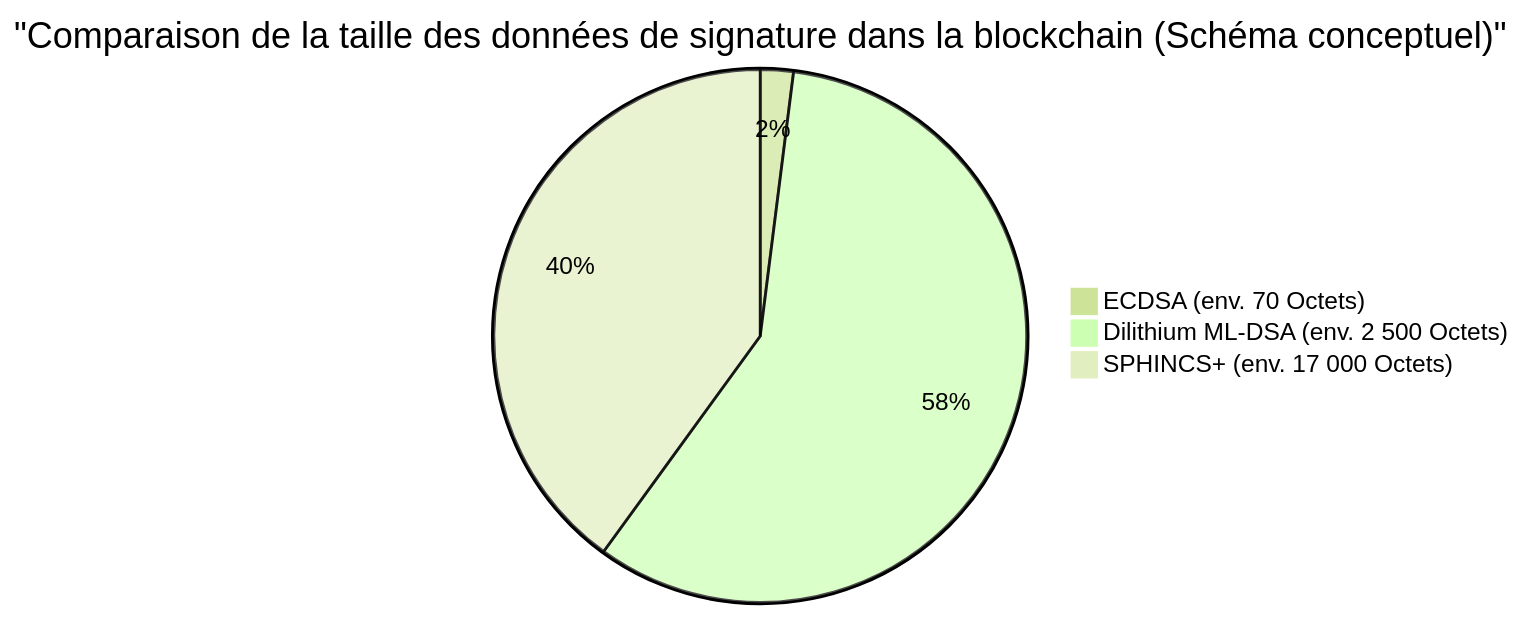
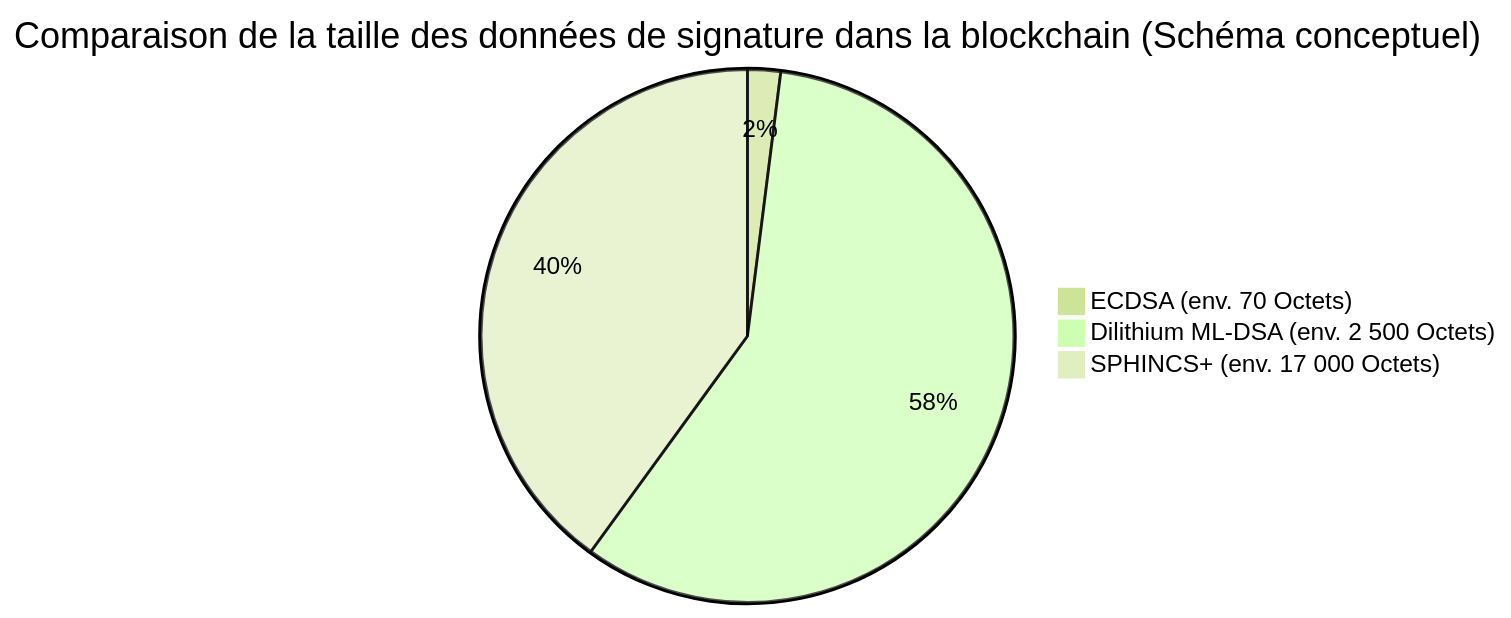
The third of 3 diagrams in content/post/ポスト量子時代のブロックチェーン/index.fr.md (kenjinote/blog), drawn with Mermaid (forest theme) before and after one commit. The commit also changed other lines of this file and 703 other files, not shown here.

Commit message:
Fix: Remove quotes from Mermaid link texts and timeline definitions to support Mermaid 11.4.1

````diff
--- a/content/post/ポスト量子時代のブロックチェーン/index.fr.md
+++ b/content/post/ポスト量子時代のブロックチェーン/index.fr.md
@@ -277,6 +277,6 @@
 ```mermaid
-pie title "Comparaison de la taille des données de signature dans la blockchain (Schéma conceptuel)"
+pie title Comparaison de la taille des données de signature dans la blockchain (Schéma conceptuel)
     "ECDSA (env. 70 Octets)" : 2
     "Dilithium ML-DSA (env. 2 500 Octets)" : 58
     "SPHINCS+ (env. 17 000 Octets)" : 40
 ```
````
